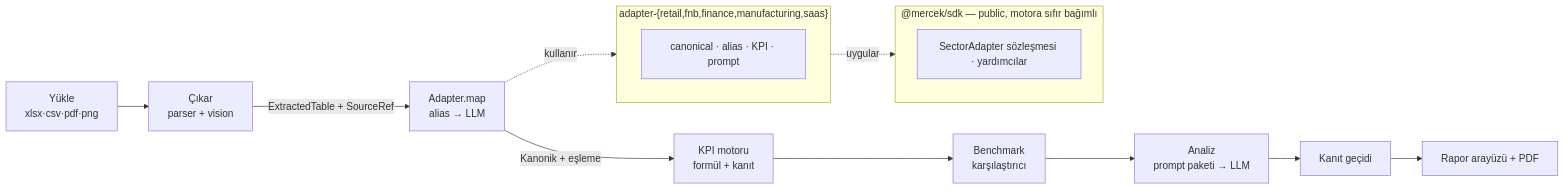
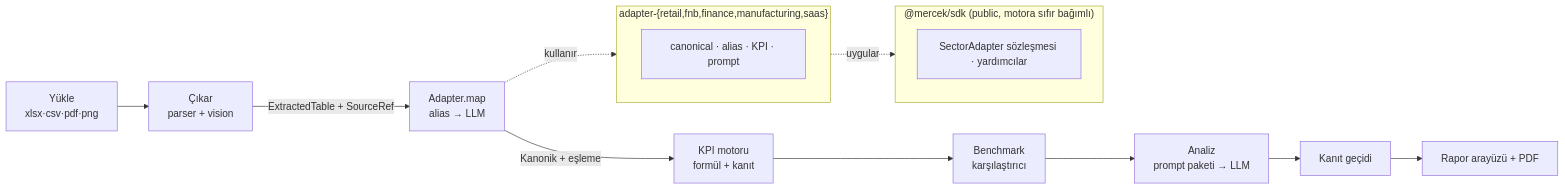
Before and after one commit to krkmzdev/mercek: the diagram in README.md, drawn with Mermaid. The commit also changed other lines of this file, not shown here.

````diff
--- a/README.md
+++ b/README.md
@@ -97,19 +124,19 @@
 ```mermaid
 flowchart LR
   U["Yükle<br/>xlsx·csv·pdf·png"] --> EX["Çıkar<br/>parser + vision"]
   EX -->|"ExtractedTable + SourceRef"| MAP["Adapter.map<br/>alias → LLM"]
   MAP -->|"Kanonik + eşleme"| KPI["KPI motoru<br/>formül + kanıt"]
   KPI --> BM["Benchmark<br/>karşılaştırıcı"]
   BM --> AN["Analiz<br/>prompt paketi → LLM"]
   AN --> GATE["Kanıt geçidi"]
   GATE --> R["Rapor arayüzü + PDF"]
 
-  subgraph sdk["@mercek/sdk — public, motora sıfır bağımlı"]
+  subgraph sdk["@mercek/sdk (public, motora sıfır bağımlı)"]
     C["SectorAdapter sözleşmesi · yardımcılar"]
   end
   subgraph adapters["adapter-{retail,fnb,finance,manufacturing,saas}"]
     A["canonical · alias · KPI · prompt"]
   end
   adapters -. uygular .-> sdk
   MAP -. kullanır .-> adapters
 ```
````
